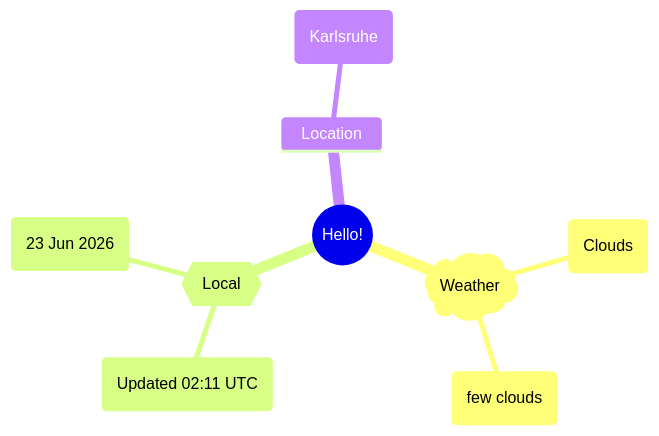
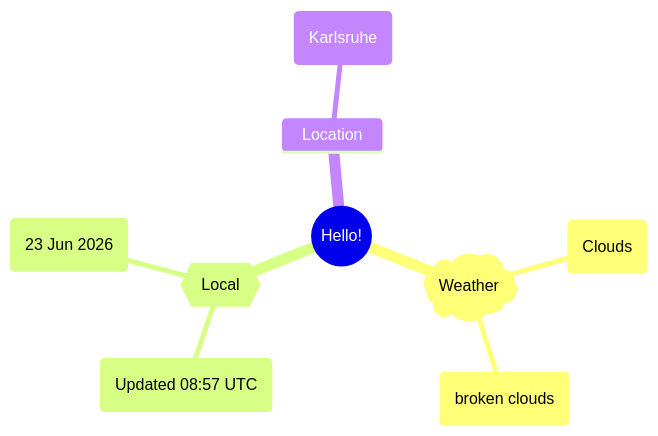
One commit to Xosrov/Xosrov changed the first of 2 diagrams in README.md. Above: the diagram before and after it, drawn with Mermaid.

Commit message:
[bot] updated images

````diff
--- a/README.md
+++ b/README.md
@@ -3,12 +3,12 @@
 ```mermaid
 mindmap
   root((Hello!))
     )Weather(
         (Clouds)
-        (few clouds)
+        (broken clouds)
     {{Local}}
-        (Updated 02:11 UTC)
+        (Updated 08:57 UTC)
         (23 Jun 2026)
     Location
         (Karlsruhe)
 ```
````
